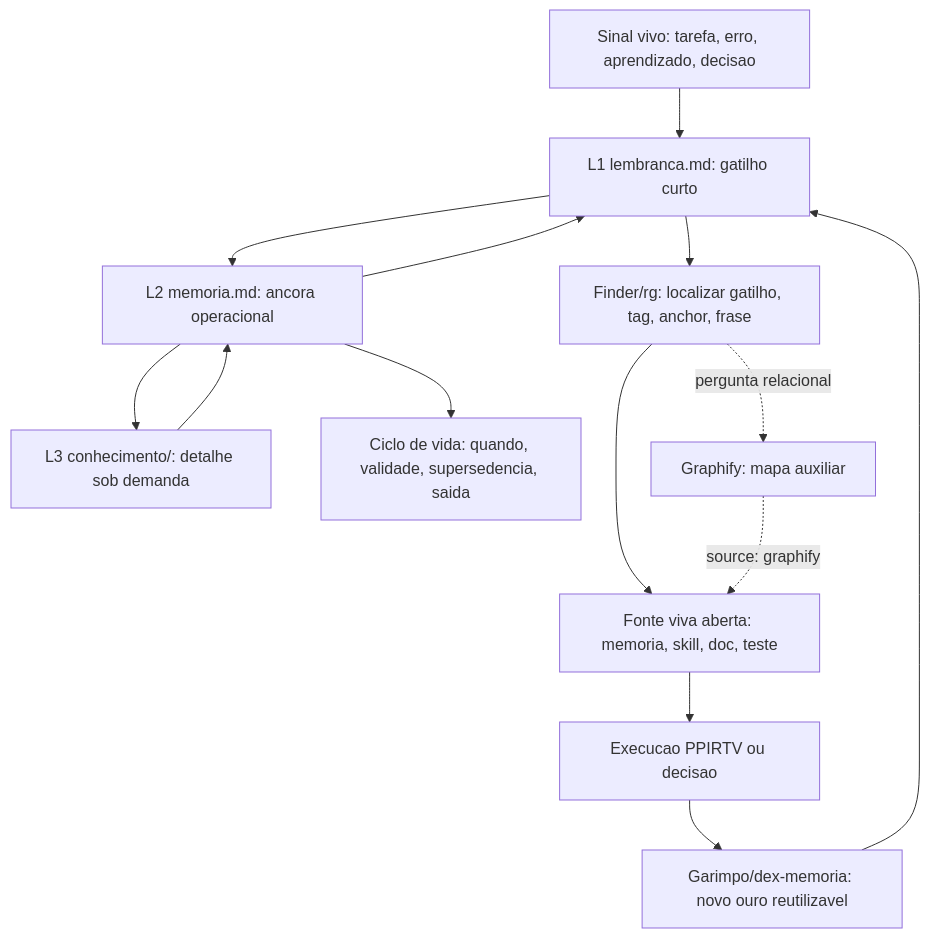
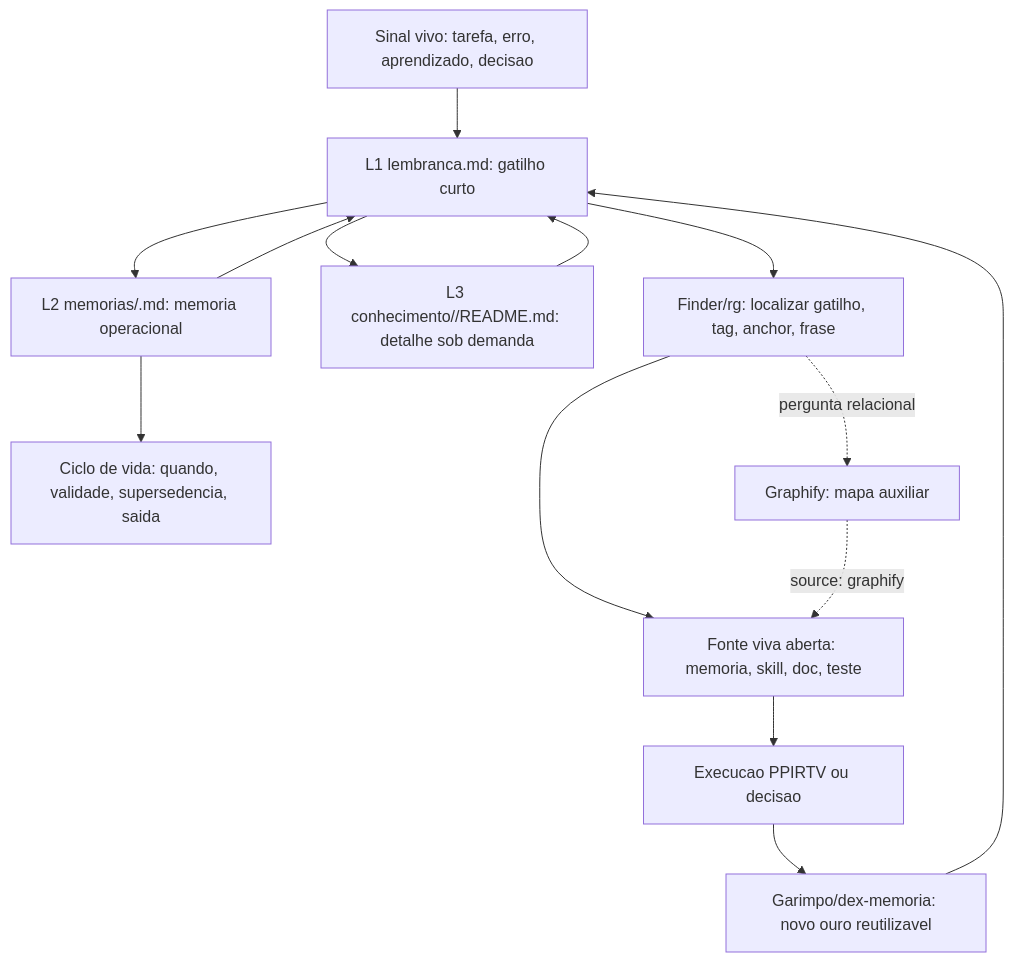
The diagram in principles/PRINCIPLES.md (dex-agent/dex-ppirtv), drawn with Mermaid before and after one commit. The commit also changed other lines of this file and 40 other files, not shown here.

````diff
--- a/principles/PRINCIPLES.md
+++ b/principles/PRINCIPLES.md
@@ -118,16 +178,16 @@
 ```mermaid
 flowchart TD
   A["Sinal vivo: tarefa, erro, aprendizado, decisao"] --> B["L1 lembranca.md: gatilho curto"]
-  B --> C["L2 memoria.md: ancora operacional"]
-  C --> D["L3 conhecimento/: detalhe sob demanda"]
-  D --> C
+  B --> C["L2 memorias/<slug>.md: memoria operacional"]
+  B --> D["L3 conhecimento/<slug>/README.md: detalhe sob demanda"]
+  D --> B
   C --> B
   C --> J["Ciclo de vida: quando, validade, supersedencia, saida"]
   B --> E["Finder/rg: localizar gatilho, tag, anchor, frase"]
   E --> F["Fonte viva aberta: memoria, skill, doc, teste"]
   F --> G["Execucao PPIRTV ou decisao"]
   G --> H["Garimpo/dex-memoria: novo ouro reutilizavel"]
   H --> B
   E -. pergunta relacional .-> I["Graphify: mapa auxiliar"]
   I -. source: graphify .-> F
 ```
````
